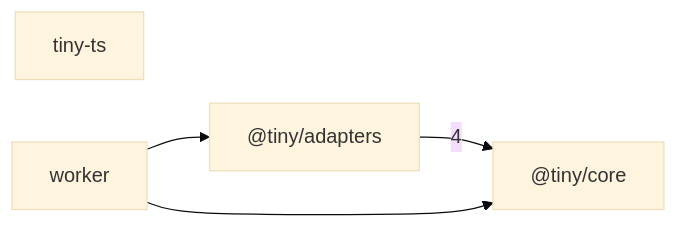
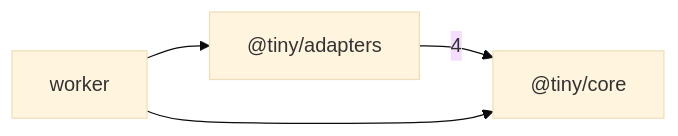
Before and after one commit to sns45/greplost: the diagram in packages/render/test/golden/tiny-ts/repo/MAP.md, drawn with Mermaid (base theme). The commit also changed other lines of this file and 25 other files, not shown here.

````diff
--- a/packages/render/test/golden/tiny-ts/repo/MAP.md
+++ b/packages/render/test/golden/tiny-ts/repo/MAP.md
@@ -18,10 +17,9 @@
 ```mermaid
 graph LR
   _tiny_adapters["@tiny/adapters"]
   _tiny_core["@tiny/core"]
-  tiny_ts["tiny-ts"]
   worker["worker"]
   _tiny_adapters -->|4| _tiny_core
   worker --> _tiny_adapters
   worker --> _tiny_core
 ```
````
